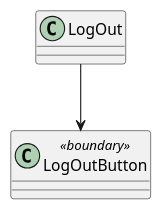
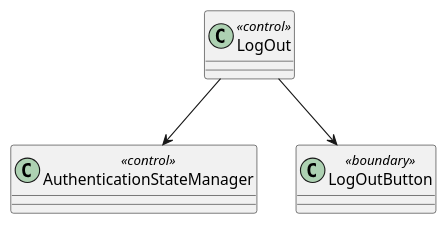
Before and after one commit to bmb0136/COMP-3700-Project: the second of 2 diagrams in Use Cases/LogOut.iuml, drawn with PlantUML. The commit also changed 1 other file, not shown here.

Commit message:
tweak log in/out model

```diff
--- a/Use Cases/LogOut.iuml
+++ b/Use Cases/LogOut.iuml
@@ -24,5 +24,7 @@
 @startuml Log Out Object Model
-class LogOut {}
+class AuthenticationStateManager <<control>> {}
+class LogOut <<control>> {}
 class LogOutButton <<boundary>> {}
 LogOut --> LogOutButton 
+LogOut --> AuthenticationStateManager
 @enduml
```
